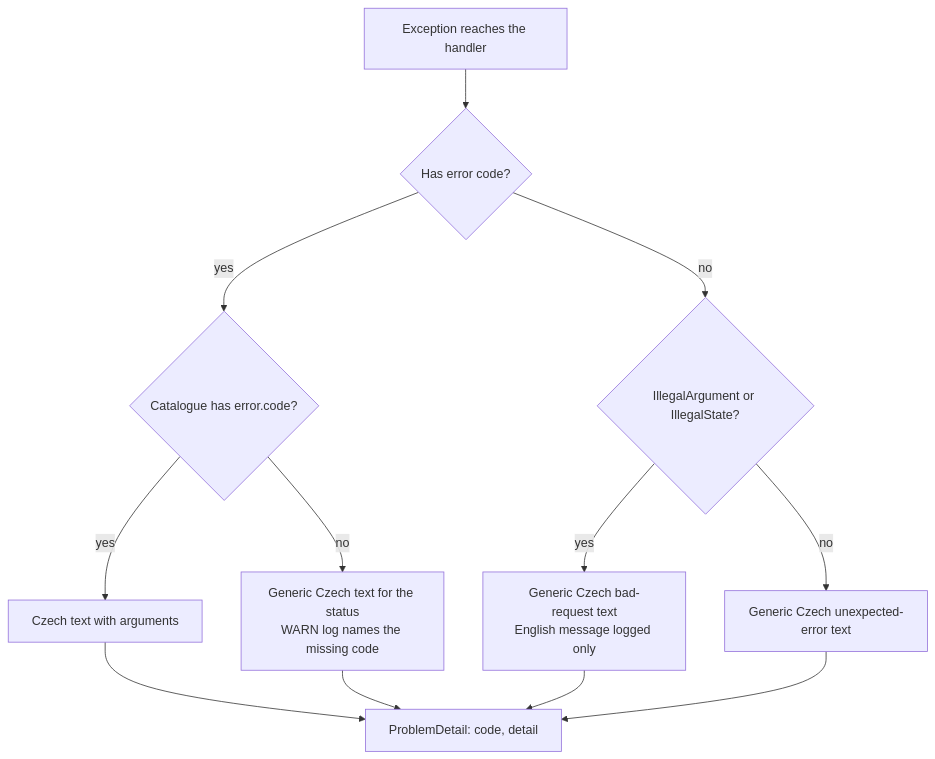
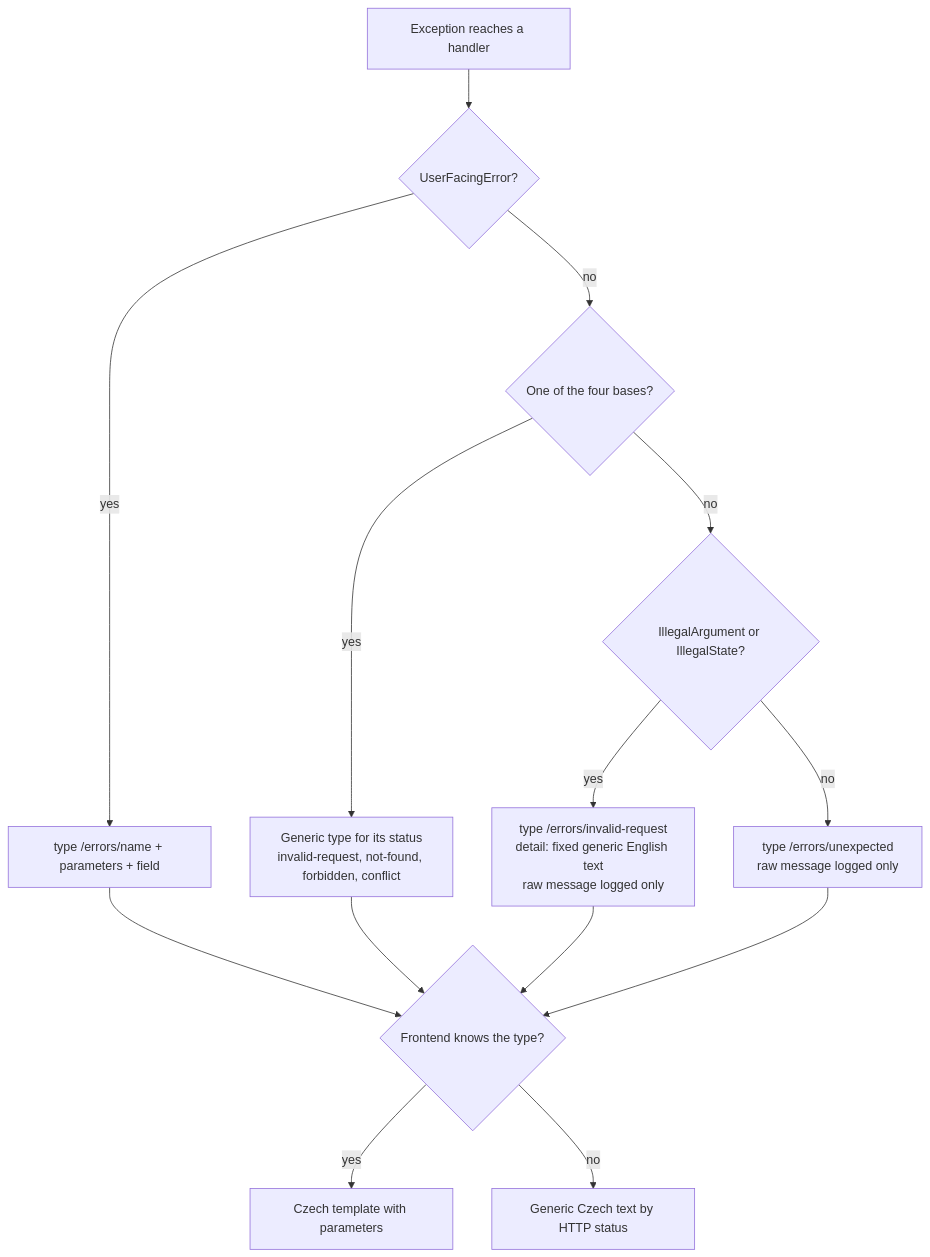
The third of 3 diagrams in openspec/changes/show-error-messages-in-czech/design.md (zabiny/klabis), drawn with Mermaid before and after one commit. The commit also changed other lines of this file and 11 other files, not shown here.

````diff
--- a/openspec/changes/show-error-messages-in-czech/design.md
+++ b/openspec/changes/show-error-messages-in-czech/design.md
@@ -132,14 +181,16 @@
 ```mermaid
 flowchart TD
-    E[Exception reaches the handler] --> Q1{Has error code?}
-    Q1 -- yes --> Q2{Catalogue has error.code?}
-    Q2 -- yes --> T[Czech text with arguments]
-    Q2 -- no --> G[Generic Czech text for the status<br/>WARN log names the missing code]
-    Q1 -- no --> I{IllegalArgument or IllegalState?}
-    I -- yes --> GB[Generic Czech bad-request text<br/>English message logged only]
-    I -- no --> GU[Generic Czech unexpected-error text]
-    T --> P[ProblemDetail: code, detail]
-    G --> P
-    GB --> P
-    GU --> P
+    E[Exception reaches a handler] --> Q1{UserFacingError?}
+    Q1 -- yes --> T[type /errors/name + parameters + field]
+    Q1 -- no --> B{One of the four bases?}
+    B -- yes --> GS[Generic type for its status<br/>invalid-request, not-found, forbidden, conflict]
+    B -- no --> I{IllegalArgument or IllegalState?}
+    I -- yes --> GB[type /errors/invalid-request<br/>detail: fixed generic English text<br/>raw message logged only]
+    I -- no --> GU[type /errors/unexpected<br/>raw message logged only]
+    T --> FE{Frontend knows the type?}
+    GS --> FE
+    GB --> FE
+    GU --> FE
+    FE -- yes --> CZ[Czech template with parameters]
+    FE -- no --> ST[Generic Czech text by HTTP status]
 ```
````
